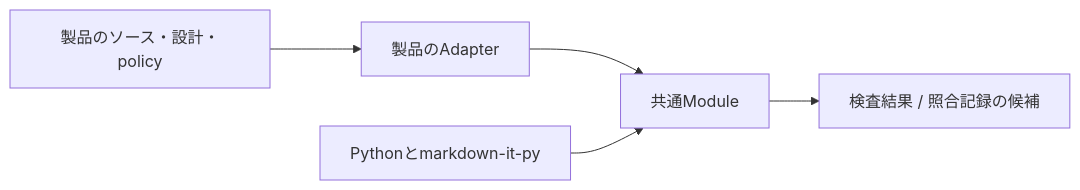
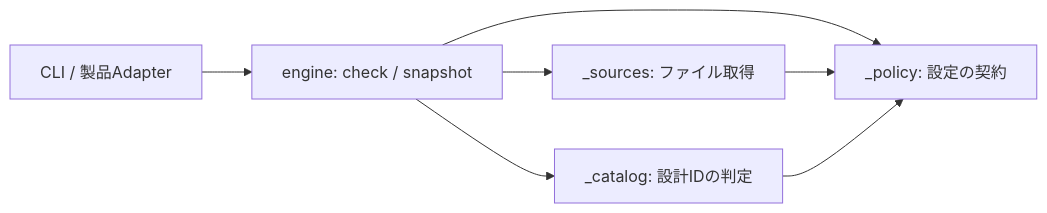
The diagram in tools/ui-design/README.md (9uiLe/nibble), drawn with Mermaid before and after one commit. The commit also changed other lines of this file and 11 other files, not shown here.

````diff
--- a/tools/ui-design/README.md
+++ b/tools/ui-design/README.md
@@ -15,7 +17,9 @@
 ```mermaid
 flowchart LR
-    Product[製品のソース・設計・policy] --> Adapter[製品のAdapter]
-    Adapter --> Module[共通Module]
-    Module --> Report[検査結果 / 照合記録の候補]
-    Runtime[Pythonとmarkdown-it-py] --> Module
+    CLI[CLI / 製品Adapter] --> Engine[engine: check / snapshot]
+    Engine --> Sources[_sources: ファイル取得]
+    Engine --> Policy[_policy: 設定の契約]
+    Engine --> Catalog[_catalog: 設計IDの判定]
+    Sources --> Policy
+    Catalog --> Policy
 ```
````
